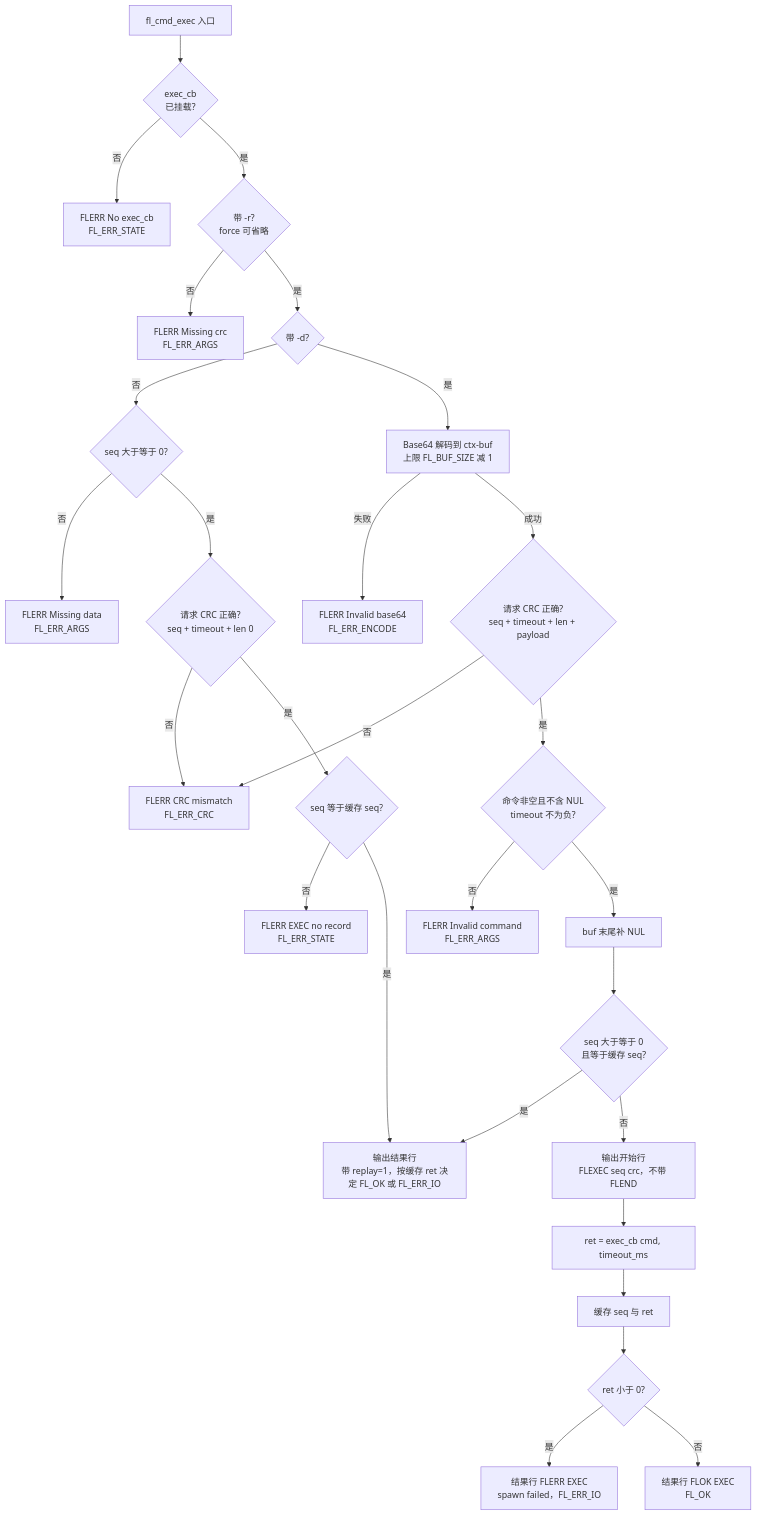
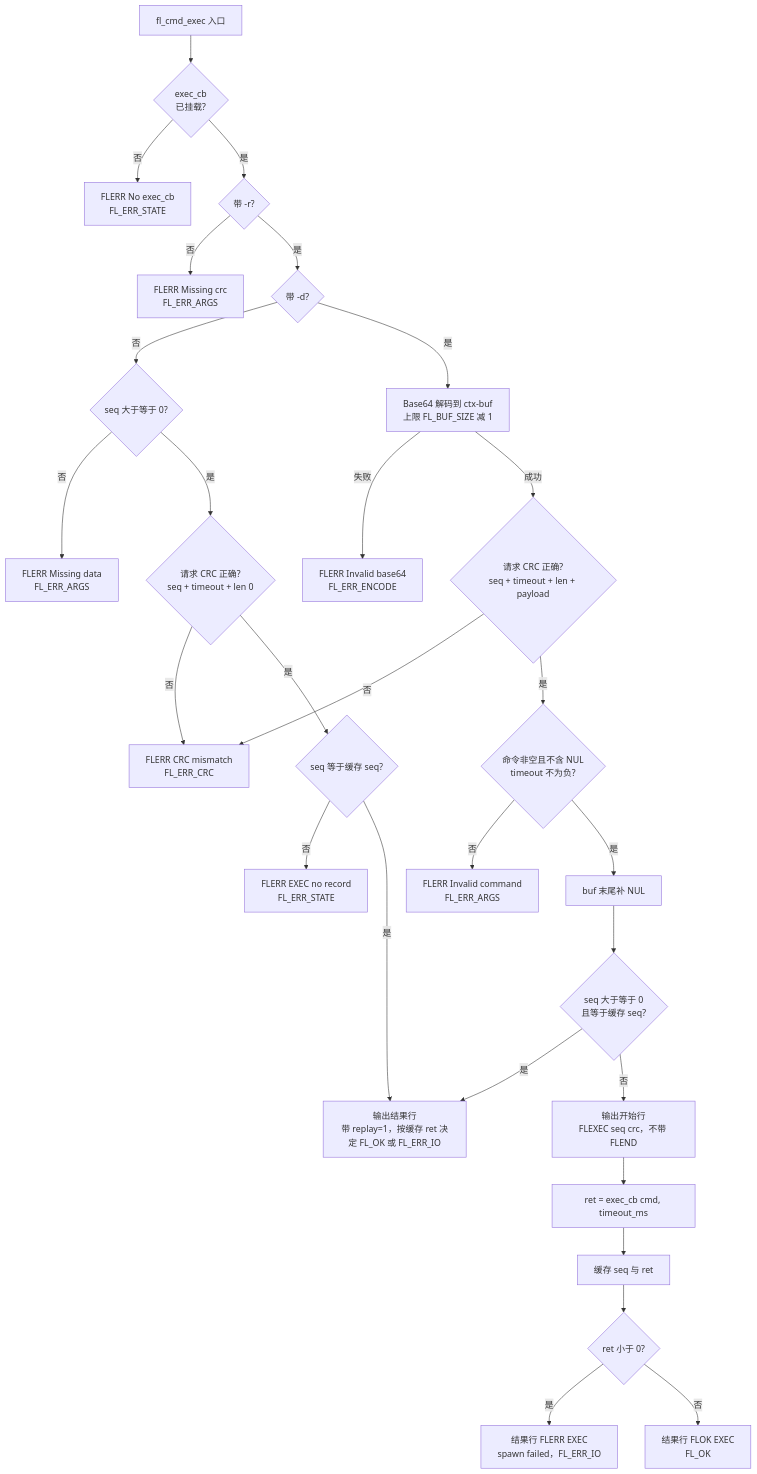
Before and after one commit to FASTSHIFT/FPBInject: the second of 5 diagrams in Tools/WebServer/docs/exec-command-design.md, drawn with Mermaid. The commit also changed other lines of this file and 13 other files, not shown here.

````diff
--- a/Tools/WebServer/docs/exec-command-design.md
+++ b/Tools/WebServer/docs/exec-command-design.md
@@ -300,30 +299,30 @@
 ```mermaid
 flowchart TD
     A["fl_cmd_exec 入口"] --> C{"exec_cb<br/>已挂载?"}
     C -- 否 --> E2["FLERR No exec_cb<br/>FL_ERR_STATE"]
-    C -- 是 --> D{"带 -r?<br/>force 可省略"}
+    C -- 是 --> D{"带 -r?"}
     D -- 否 --> E3["FLERR Missing crc<br/>FL_ERR_ARGS"]
     D -- 是 --> Q{"带 -d?"}
     Q -- 否 --> Q1{"seq 大于等于 0?"}
     Q1 -- 否 --> E3b["FLERR Missing data<br/>FL_ERR_ARGS"]
     Q1 -- 是 --> Q2{"请求 CRC 正确?<br/>seq + timeout + len 0"}
     Q2 -- 否 --> E5["FLERR CRC mismatch<br/>FL_ERR_CRC"]
     Q2 -- 是 --> Q3{"seq 等于缓存 seq?"}
     Q3 -- 否 --> Q4["FLERR EXEC no record<br/>FL_ERR_STATE"]
     Q3 -- 是 --> R["输出结果行<br/>带 replay=1，按缓存 ret 决定 FL_OK 或 FL_ERR_IO"]
     Q -- 是 --> F["Base64 解码到 ctx-buf<br/>上限 FL_BUF_SIZE 减 1"]
     F -- 失败 --> E4["FLERR Invalid base64<br/>FL_ERR_ENCODE"]
     F -- 成功 --> G{"请求 CRC 正确?<br/>seq + timeout + len + payload"}
     G -- 否 --> E5
     G -- 是 --> H{"命令非空且不含 NUL<br/>timeout 不为负?"}
     H -- 否 --> E6["FLERR Invalid command<br/>FL_ERR_ARGS"]
     H -- 是 --> I["buf 末尾补 NUL"]
     I --> J{"seq 大于等于 0<br/>且等于缓存 seq?"}
     J -- 是 --> R
     J -- 否 --> K["输出开始行<br/>FLEXEC seq crc，不带 FLEND"]
     K --> L["ret = exec_cb cmd, timeout_ms"]
     L --> M["缓存 seq 与 ret"]
     M --> N{"ret 小于 0?"}
     N -- 是 --> E7["结果行 FLERR EXEC<br/>spawn failed，FL_ERR_IO"]
     N -- 否 --> S["结果行 FLOK EXEC<br/>FL_OK"]
 ```
````
